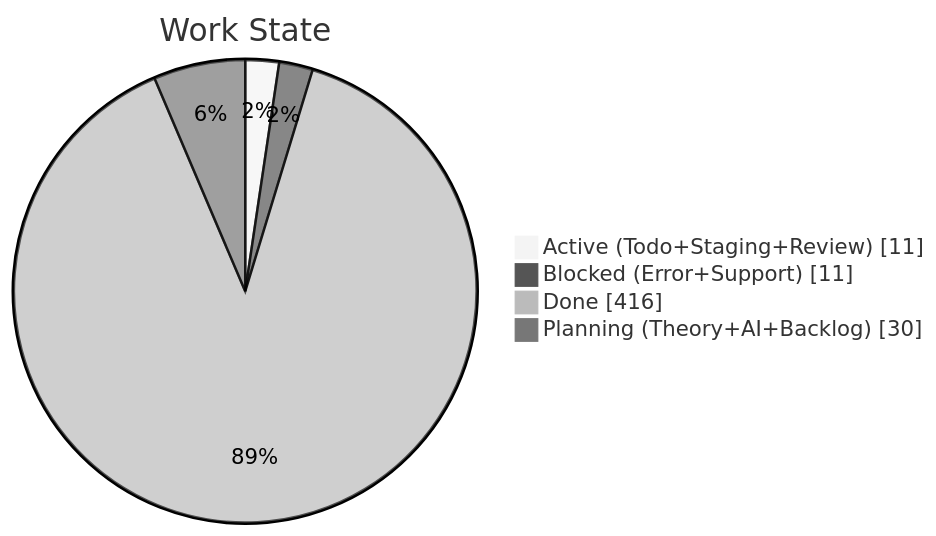
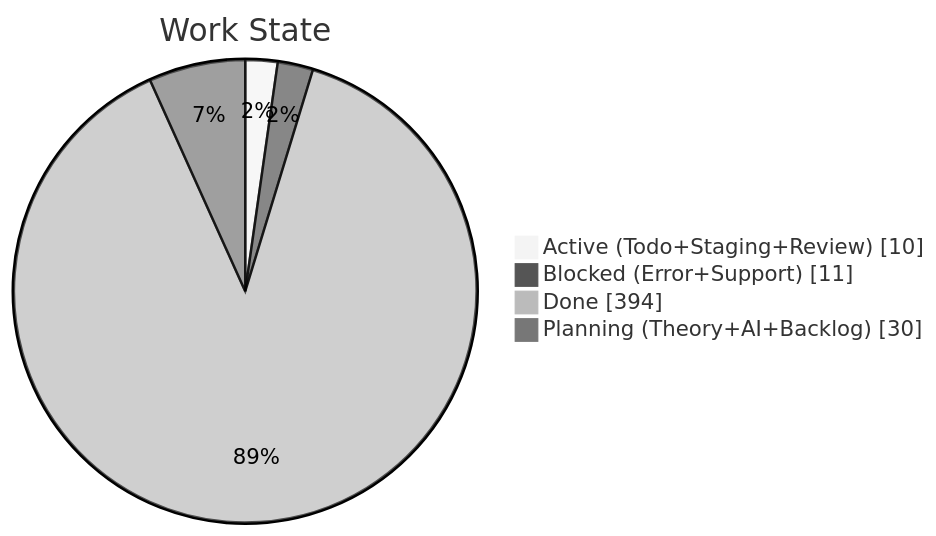
Before and after one commit to KBVE/kbve: the second of 4 diagrams in apps/kbve/astro-kbve/src/content/docs/dashboard/kanban-data.mdx, drawn with Mermaid (neutral theme). The commit also changed other lines of this file and 7 other files, not shown here.

````diff
--- a/apps/kbve/astro-kbve/src/content/docs/dashboard/kanban-data.mdx
+++ b/apps/kbve/astro-kbve/src/content/docs/dashboard/kanban-data.mdx
@@ -68,8 +67,8 @@
 ```mermaid
 pie showData
     title Work State
-    "Active (Todo+Staging+Review)" : 11
+    "Active (Todo+Staging+Review)" : 10
     "Blocked (Error+Support)" : 11
-    "Done" : 416
+    "Done" : 394
     "Planning (Theory+AI+Backlog)" : 30
 ```
````
